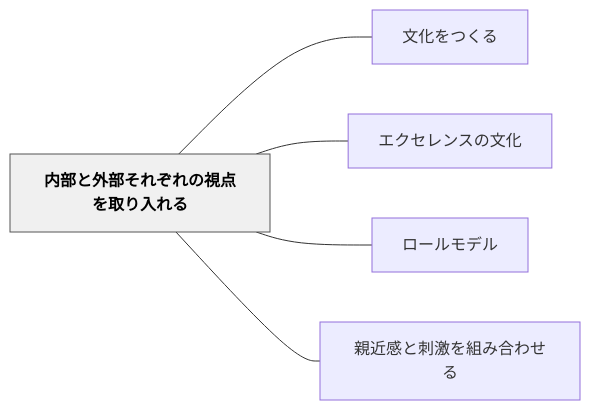
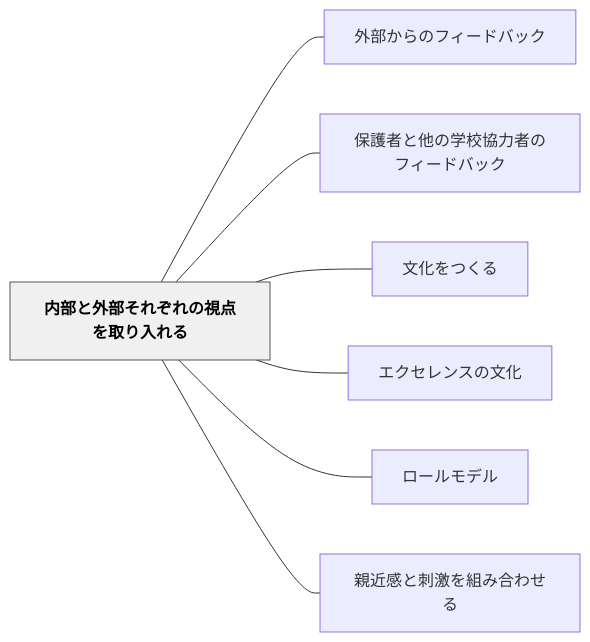
Before and after one commit to unknownthings-ed-patterns/unknownthings-ed-patterns: the diagram in content/パタン/内部と外部それぞれの視点を取り入れる.md, drawn with Mermaid. The commit also changed other lines of this file and 473 other files, not shown here.

````diff
--- a/content/パタン/内部と外部それぞれの視点を取り入れる.md
+++ b/content/パタン/内部と外部それぞれの視点を取り入れる.md
@@ -52,16 +54,20 @@
 ```mermaid
 flowchart LR
     ne58685e983a8["内部と外部それぞれの視点を取り入れる"]
+    ne5a496e983a8["外部からのフィードバック"]
+    ne4bf9de8adb7["保護者と他の学校協力者のフィードバック"]
     ne69687e58c96["文化をつくる"]
     ne382a8e382af["エクセレンスの文化"]
     ne383ade383bc["ロールモデル"]
     ne8a6aae8bf91["親近感と刺激を組み合わせる"]
 
+    ne58685e983a8 --- ne5a496e983a8
+    ne58685e983a8 --- ne4bf9de8adb7
     ne58685e983a8 --- ne69687e58c96
     ne58685e983a8 --- ne382a8e382af
     ne58685e983a8 --- ne383ade383bc
     ne58685e983a8 --- ne8a6aae8bf91
 
     classDef hub fill:#f0f0f0,stroke:#555,color:#000,font-weight:bold
     class ne58685e983a8 hub
 ```
````
